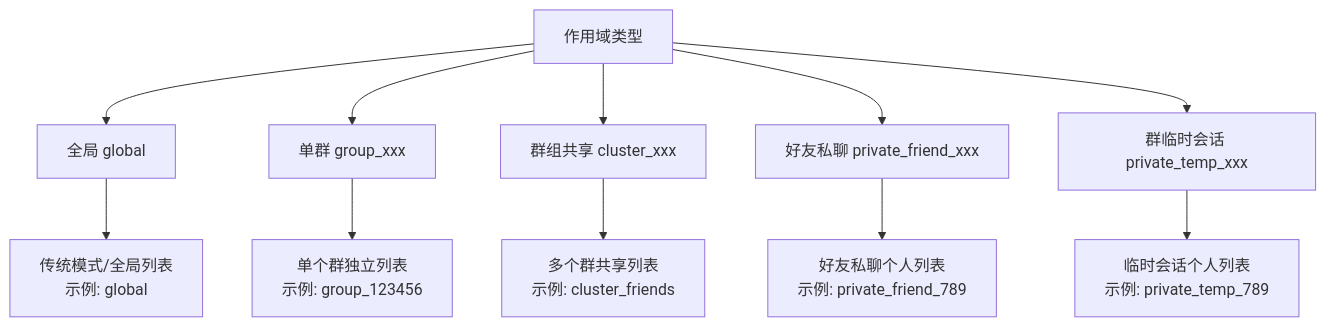
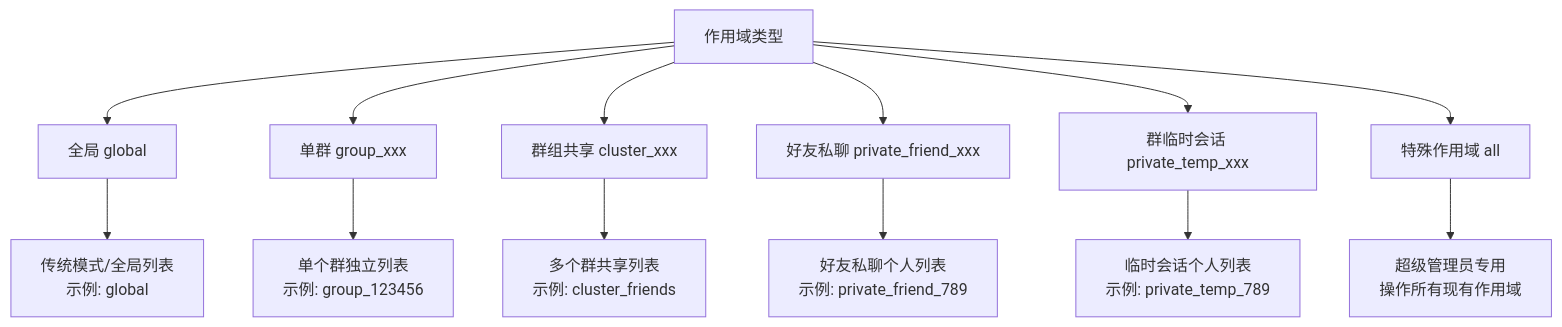
Before and after one commit to AquaOH/nonebot-plugin-mcmotd: the fifth of 7 diagrams in README.md, drawn with Mermaid. The commit also changed other lines of this file and 6 other files, not shown here.

````diff
--- a/README.md
+++ b/README.md
@@ -280,14 +372,16 @@
 ```mermaid
 graph TD
     A[作用域类型] --> B[全局 global]
     A --> C[单群 group_xxx]
     A --> D[群组共享 cluster_xxx]
     A --> E[好友私聊 private_friend_xxx]
     A --> F[群临时会话 private_temp_xxx]
+    A --> G[特殊作用域 all]
     
     B --> B1[传统模式/全局列表<br/>示例: global]
     C --> C1[单个群独立列表<br/>示例: group_123456]
     D --> D2[多个群共享列表<br/>示例: cluster_friends]
     E --> E1[好友私聊个人列表<br/>示例: private_friend_789]
     F --> F1[临时会话个人列表<br/>示例: private_temp_789]
+    G --> G1[超级管理员专用<br/>操作所有现有作用域]
 ```
````
